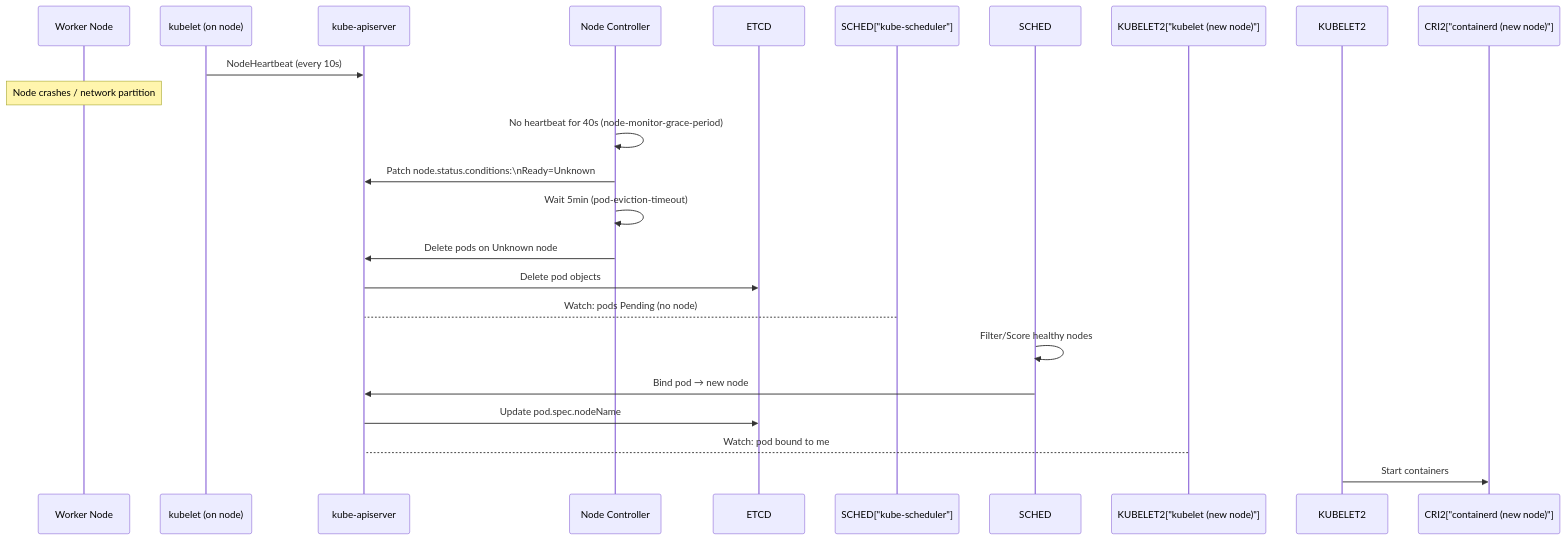
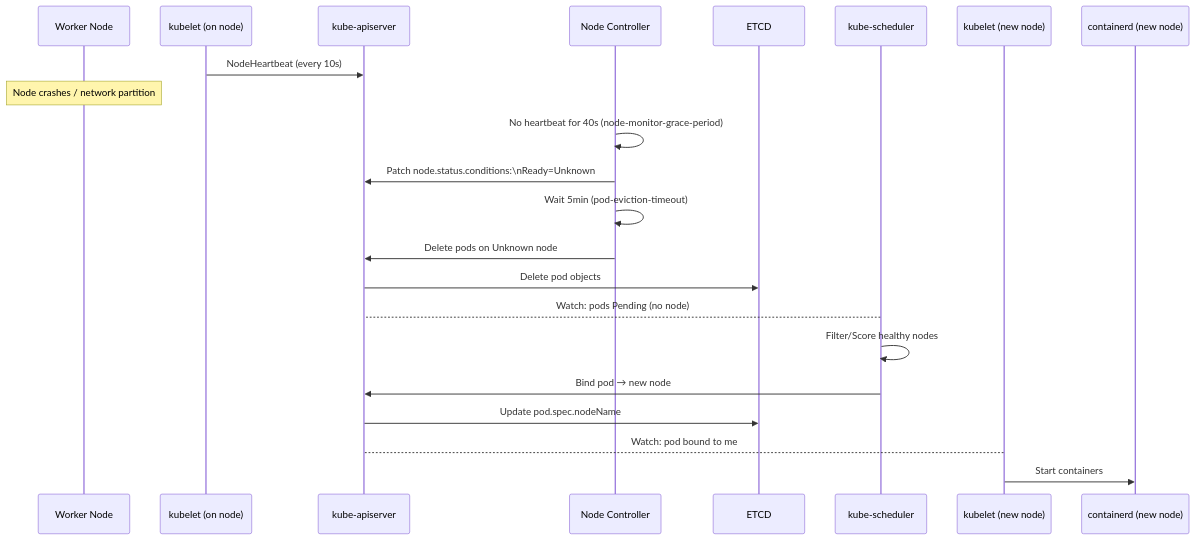
Before and after one commit to choisimo/document: diagram 21 of 22 in content/docs/books/devops/kubernetes-orchestration-internals.md, drawn with Mermaid. The commit also changed other lines of this file and 432 other files, not shown here.

````diff
--- a/content/docs/books/devops/kubernetes-orchestration-internals.md
+++ b/content/docs/books/devops/kubernetes-orchestration-internals.md
@@ -474,21 +474,25 @@
 ```mermaid
 sequenceDiagram
     participant NODE as Worker Node
     participant KL as kubelet (on node)
     participant API as kube-apiserver
     participant NCM as Node Controller
+    participant ETCD
+    participant SCHED as kube-scheduler
+    participant KUBELET2 as kubelet (new node)
+    participant CRI2 as containerd (new node)
 
     KL->>API: NodeHeartbeat (every 10s)
     Note over NODE: Node crashes / network partition
     NCM->>NCM: No heartbeat for 40s (node-monitor-grace-period)
     NCM->>API: Patch node.status.conditions:\nReady=Unknown
     NCM->>NCM: Wait 5min (pod-eviction-timeout)
     NCM->>API: Delete pods on Unknown node
     API->>ETCD: Delete pod objects
-    SCHED["kube-scheduler"]-->API: Watch: pods Pending (no node)
+    SCHED-->API: Watch: pods Pending (no node)
     SCHED->>SCHED: Filter/Score healthy nodes
     SCHED->>API: Bind pod → new node
     API->>ETCD: Update pod.spec.nodeName
-    KUBELET2["kubelet (new node)"]-->API: Watch: pod bound to me
-    KUBELET2->>CRI2["containerd (new node)"]: Start containers
+    KUBELET2-->API: Watch: pod bound to me
+    KUBELET2->>CRI2: Start containers
 ```
````
